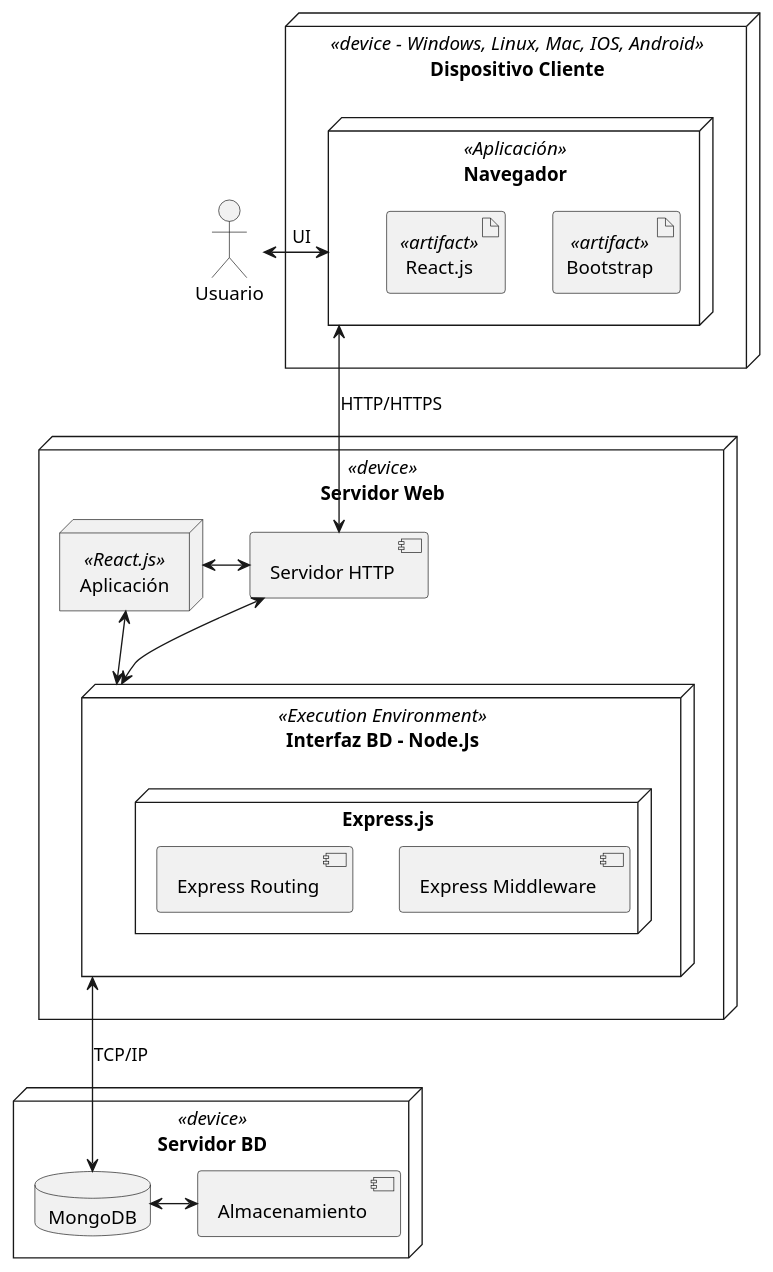
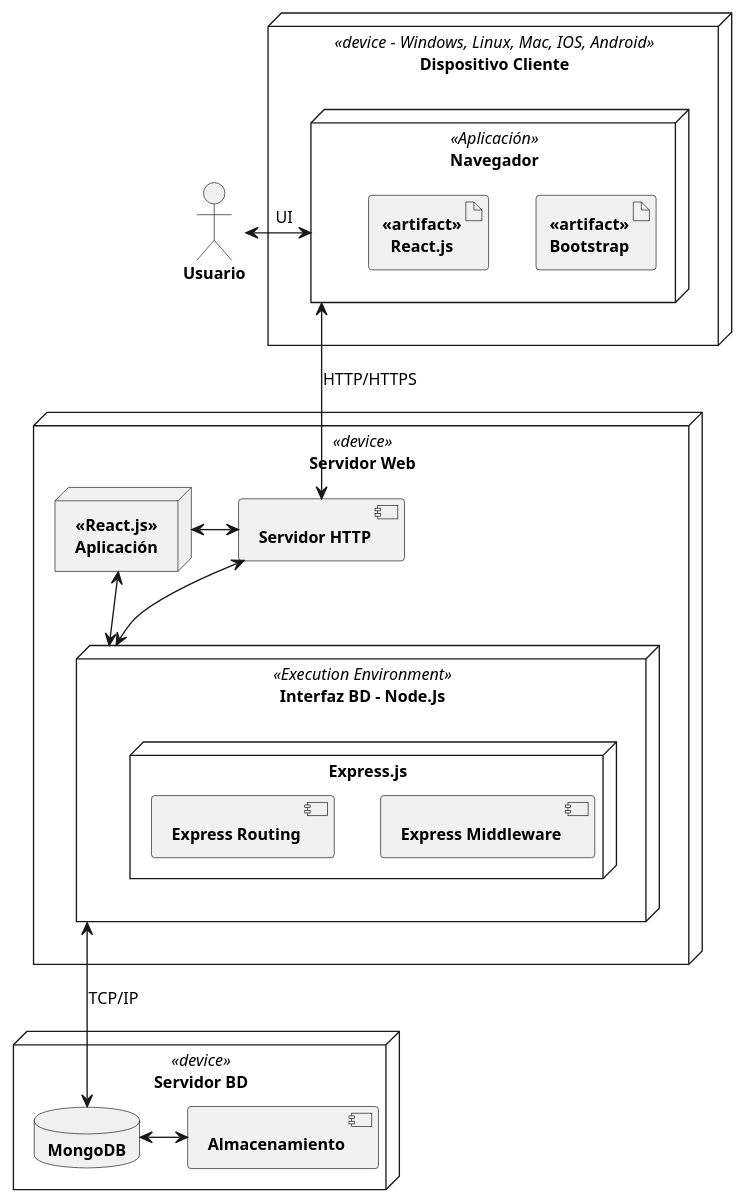
The diagram in assets-documento/puml/diagrama-despliegue01.puml (proyectoCiclo4MinTic/instaYa), drawn with PlantUML before and after one commit. The commit also changed 23 other files, not shown here.

Commit message:
commit ajustes y correcciónes finales README.md y .pdf, diagramas, fuentes documento to 'main'

```diff
--- a/assets-documento/puml/diagrama-despliegue01.puml
+++ b/assets-documento/puml/diagrama-despliegue01.puml
@@ -1,74 +1,86 @@
 @startuml
+<style>
+title{
+	FontName JetBrains Mono
+	FontStyle Bold
+	FontSize 14
+}
+componentDiagram{
+	FontName JetBrains Mono
+	FontSize 12
+}
+
+</style>
 
 ' !include https://raw.githubusercontent.com/ptrkcsk/one-dark-plantuml-theme/v1.0.0/theme.puml
 
 ' title Diagrama de Despliegue\nSistema de Reserva\npara Plataforma de Envíos InstaYA
 actor "Usuario"
 ' node node [
 ' <b>Sistema de Login
 ' ----
 ' Inicializa el panel de usuario
 ' Registra Usuario
 
 ' ]
 
 node "Dispositivo Cliente" <<device - Windows, Linux, Mac, IOS, Android>> {
 
     node Navegador <<Aplicación>> {
         artifact Bootstrap <<artifact>>
         artifact React.js <<artifact>>
     }
 
 }
 
 node "Servidor Web" <<device>> {
     node "Aplicación" <<React.js>> {
         ' [Login]
         ' [Registro]
         ' [Listado Órdenes]
         ' [Registro Órdenes]
         ' [Actualización Órdenes]
 
     }
     component "Servidor HTTP"
     node "Interfaz BD - Node.Js" <<Execution Environment>> as IBD {
         node "Express.js" {
             [Express Middleware]
             [Express Routing]
 
         }
 
     }
 }
 
 node "Servidor BD" <<device>> {
 
     database "MongoDB"
     component "Almacenamiento"
 }
 
 ' node ISP <<Access Point>> {
 '     rectangle "???"
 ' }
 ' node "ISP"
 
 
 [Usuario] <-> Navegador : UI
 ' Navegador <--> ISP : HTTP/HTTPS
 ' ISP <--> [Servidor HTTP] : HTTP/HTTPS
 Navegador <--> [Servidor HTTP] : HTTP/HTTPS
 Aplicación <-> [Servidor HTTP]
 Aplicación <-> IBD
 [Servidor HTTP] <--> IBD
 
 
 ' [Navegador] <--> [Servidor HTTP] : <<HTTP/HTTPS>>\nISP
 IBD <--> [MongoDB] : TCP/IP
 [MongoDB] <-> [Almacenamiento]
 
 ' [Login] -> [Registro]
 ' [Login] --> [Listado Órdenes]
 ' [Listado Órdenes] -> [Actualización Órdenes]
 ' [Listado Órdenes] --> [Registro Órdenes]
 
 @enduml
```
